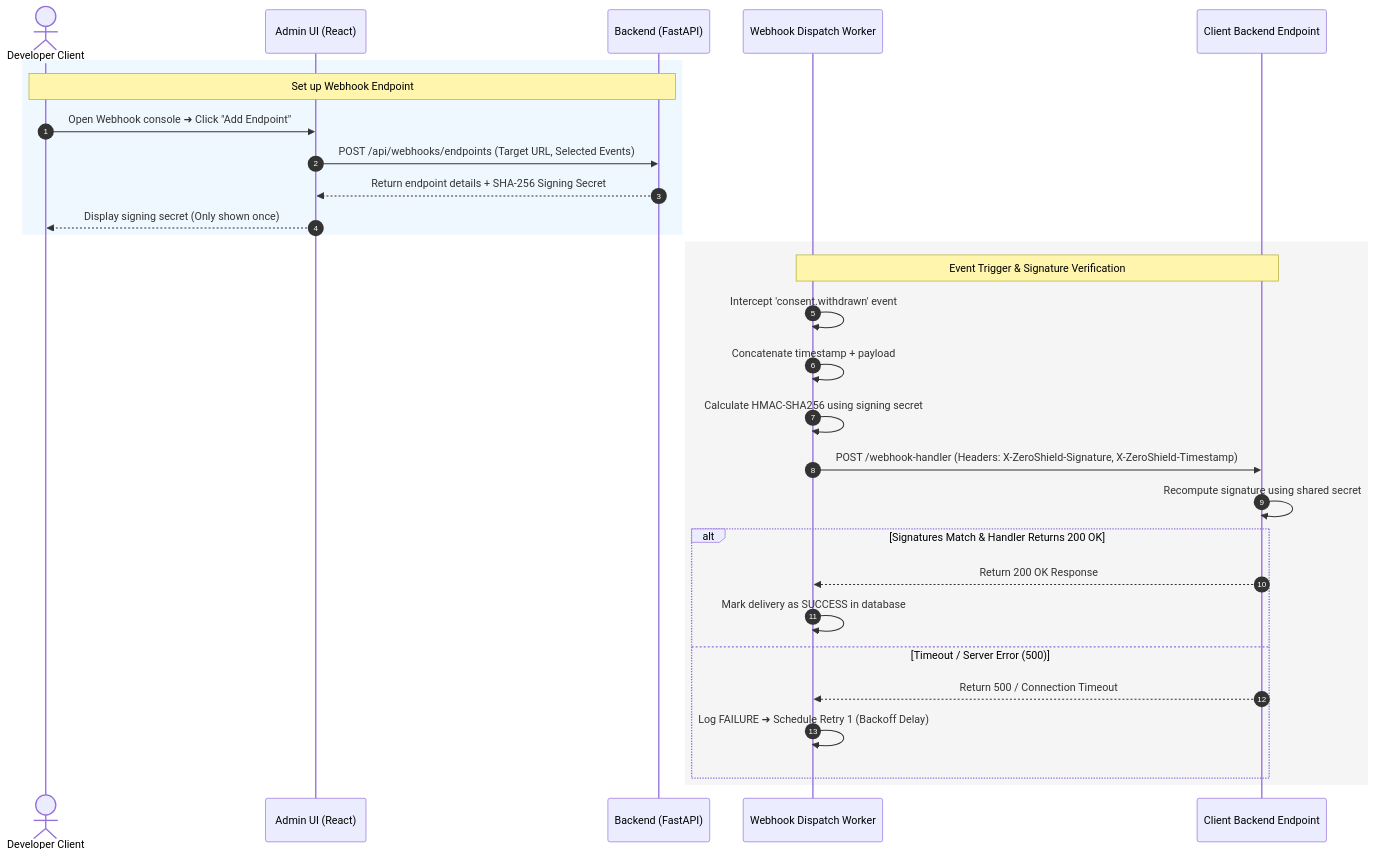
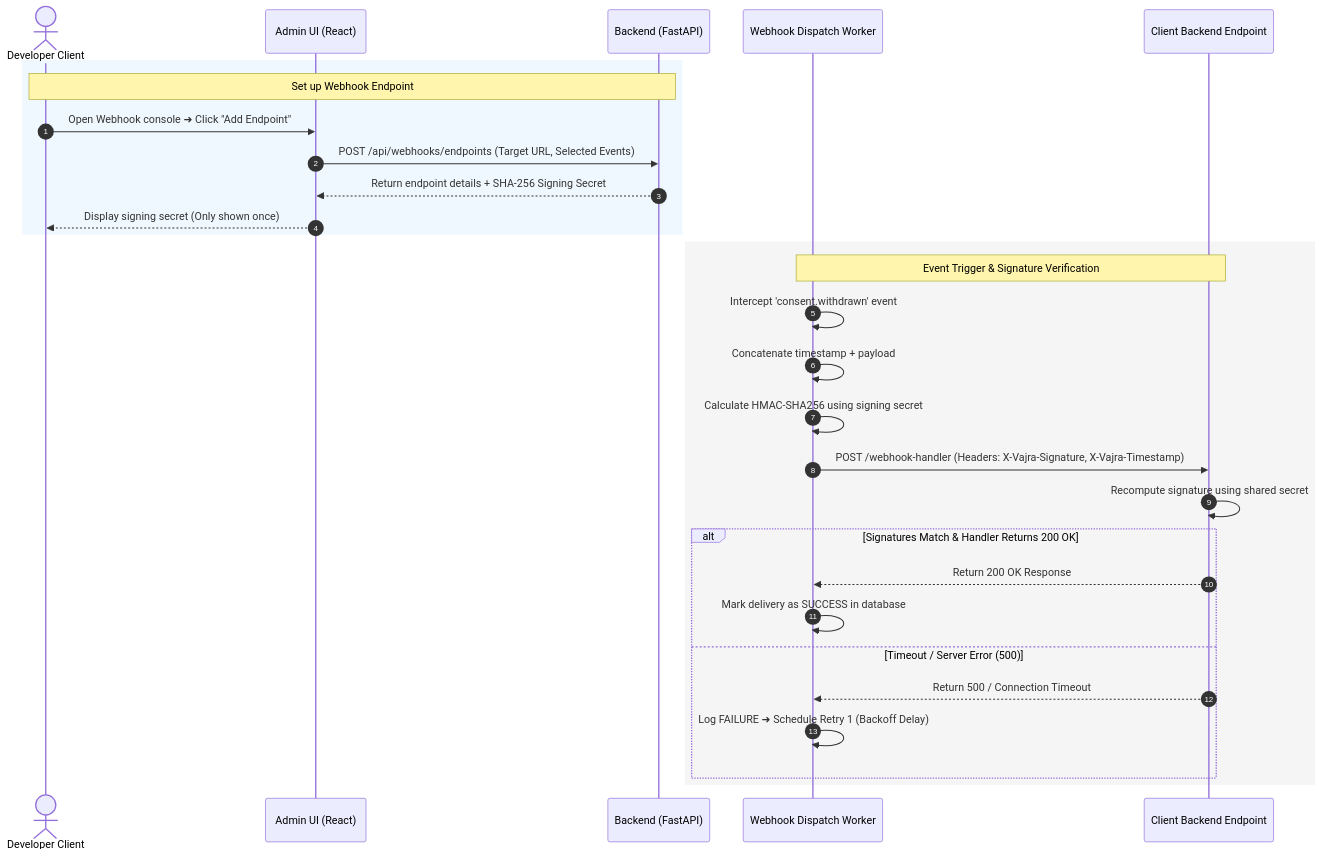
Before and after one commit to shreyv7/hack: the second of 2 diagrams in backend/platform_docs/Integrations/api_webhooks.md, drawn with Mermaid. The commit also changed other lines of this file and 345 other files, not shown here.

````diff
--- a/backend/platform_docs/Integrations/api_webhooks.md
+++ b/backend/platform_docs/Integrations/api_webhooks.md
@@ -51,33 +51,33 @@
 ```mermaid
 sequenceDiagram
     autonumber
     actor Dev as Developer Client
     participant FE as Admin UI (React)
     participant BE as Backend (FastAPI)
     participant Worker as Webhook Dispatch Worker
     participant ExtAPI as Client Backend Endpoint
 
     rect rgb(240, 248, 255)
         Note over Dev, BE: Set up Webhook Endpoint
         Dev->>FE: Open Webhook console ➜ Click "Add Endpoint"
         FE->>BE: POST /api/webhooks/endpoints (Target URL, Selected Events)
         BE-->>FE: Return endpoint details + SHA-256 Signing Secret
         FE-->>Dev: Display signing secret (Only shown once)
     end
 
     rect rgb(245, 245, 245)
         Note over Worker, ExtAPI: Event Trigger & Signature Verification
         Worker->>Worker: Intercept 'consent.withdrawn' event
         Worker->>Worker: Concatenate timestamp + payload
         Worker->>Worker: Calculate HMAC-SHA256 using signing secret
-        Worker->>ExtAPI: POST /webhook-handler (Headers: X-ZeroShield-Signature, X-ZeroShield-Timestamp)
+        Worker->>ExtAPI: POST /webhook-handler (Headers: X-Vajra-Signature, X-Vajra-Timestamp)
         ExtAPI->>ExtAPI: Recompute signature using shared secret
         alt Signatures Match & Handler Returns 200 OK
             ExtAPI-->>Worker: Return 200 OK Response
             Worker->>Worker: Mark delivery as SUCCESS in database
         else Timeout / Server Error (500)
             ExtAPI-->>Worker: Return 500 / Connection Timeout
             Worker->>Worker: Log FAILURE ➜ Schedule Retry 1 (Backoff Delay)
         end
     end
 ```
````
